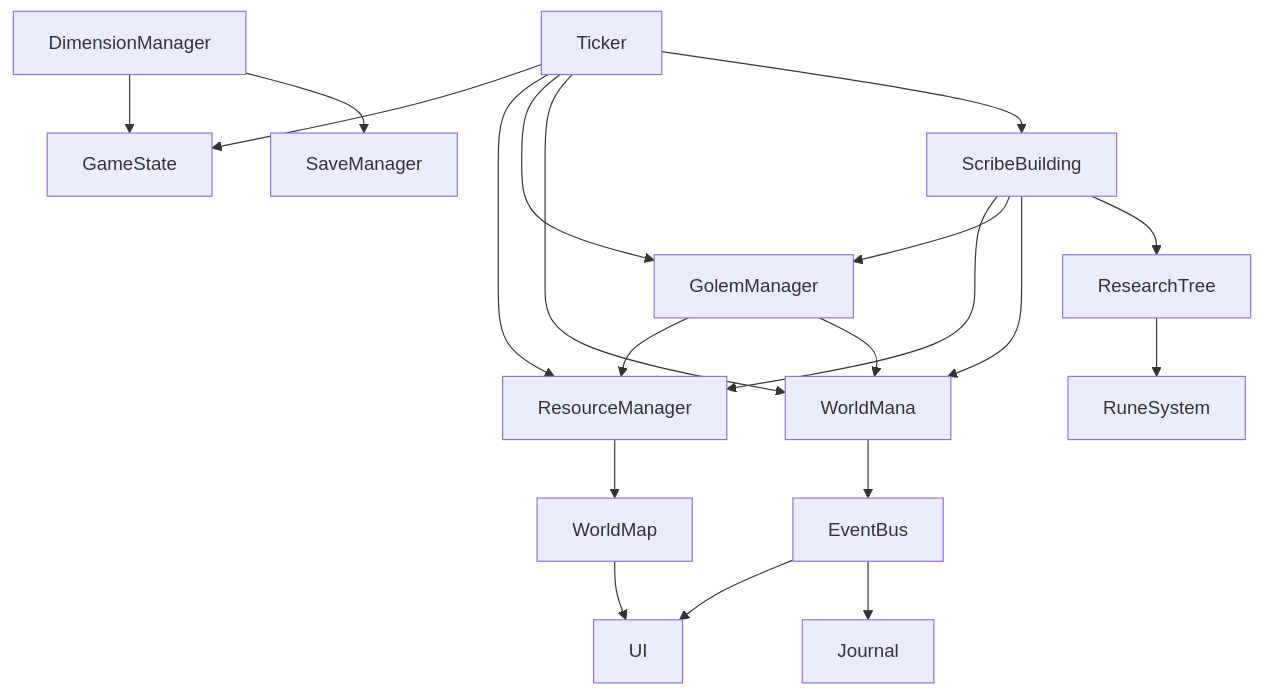
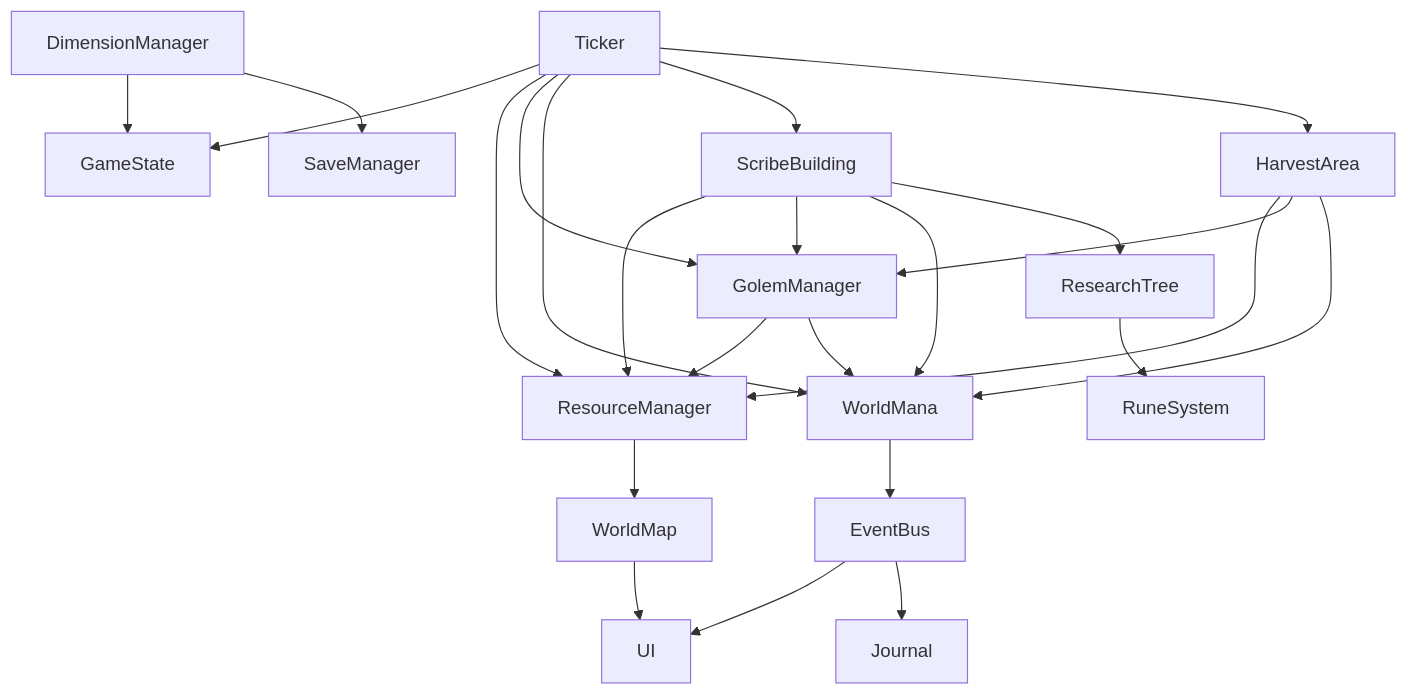
The diagram in INCREMAGIC_MASTER.md (Fernafalej/IncreMagic-2), drawn with Mermaid before and after one commit. The commit also changed other lines of this file and 366 other files, not shown here.

````diff
--- a/INCREMAGIC_MASTER.md
+++ b/INCREMAGIC_MASTER.md
@@ -74,25 +78,30 @@
 ```mermaid
 graph TD
     Ticker --> GameState
     Ticker --> ResourceManager
     Ticker --> GolemManager
     Ticker --> WorldMana
     Ticker --> ScribeBuilding
+    Ticker --> HarvestArea
+
+    HarvestArea --> ResourceManager
+    HarvestArea --> GolemManager
+    HarvestArea --> WorldMana
 
     GolemManager --> ResourceManager
     GolemManager --> WorldMana
     ScribeBuilding --> ResourceManager
     ScribeBuilding --> GolemManager
     ScribeBuilding --> WorldMana
     ScribeBuilding --> ResearchTree
 
     WorldMana --> EventBus
     EventBus --> UI
     EventBus --> Journal
 
     ResearchTree --> RuneSystem
     DimensionManager --> GameState
     DimensionManager --> SaveManager
     ResourceManager --> WorldMap
     WorldMap --> UI
 ```
````
